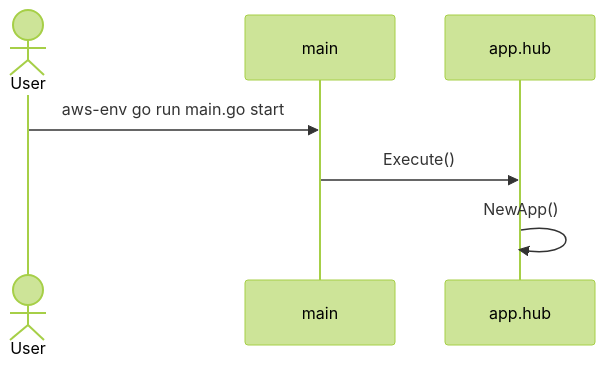
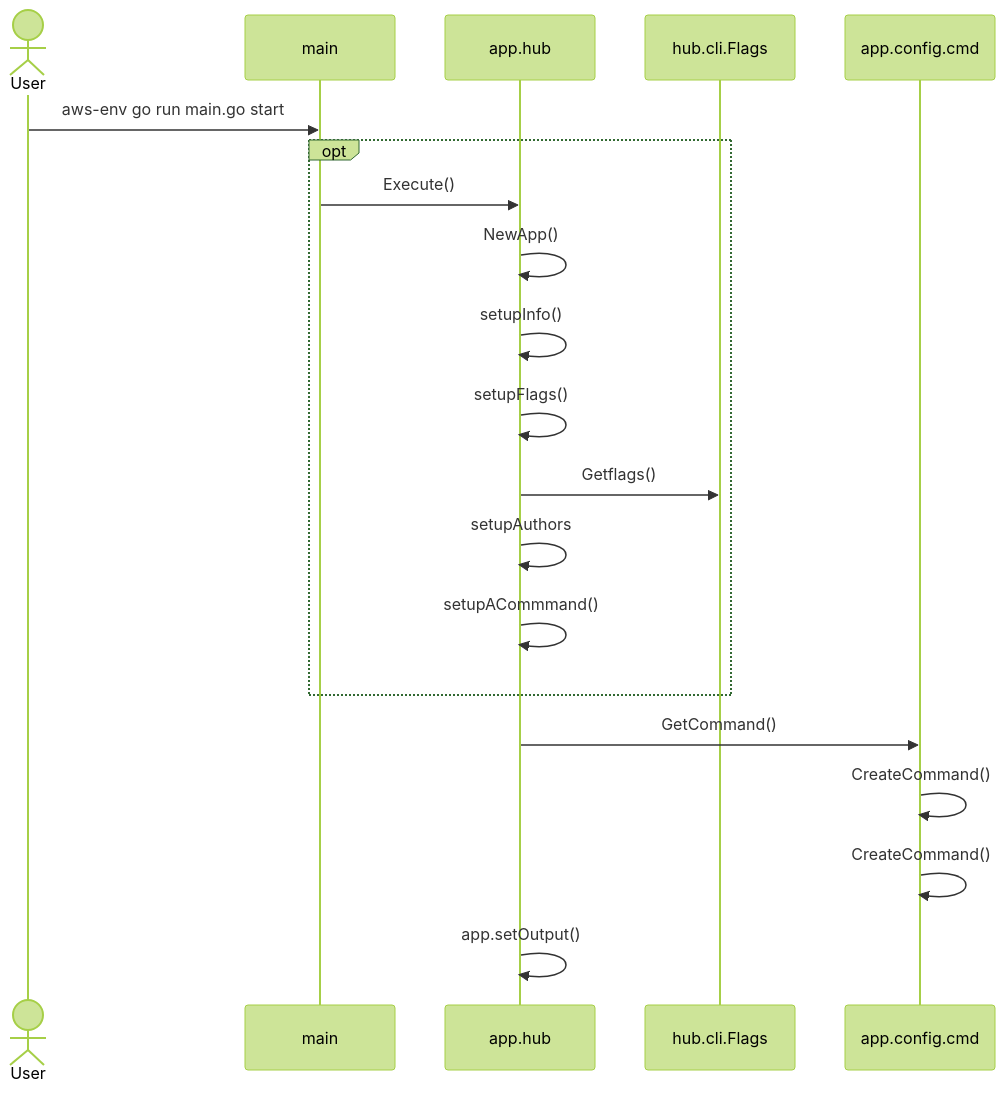
The diagram in test/e2e/ajith/e2e.md (rajasoun/aws-hub), drawn with Mermaid (forest theme) before and after one commit.

Commit message:
style(adding-func): adding func in e2e_flow ,and test format in e2e_test_flow.go

````diff
--- a/test/e2e/ajith/e2e.md
+++ b/test/e2e/ajith/e2e.md
@@ -1,9 +1,20 @@
 ```mermaid
 
 sequenceDiagram
 	actor User
 		User  ->>  main : aws-env go run main.go start
-		main  ->>  app.hub : Execute()
-		app.hub  ->>  app.hub : NewApp()
+	opt
+			main  ->>  app.hub : Execute()
+			app.hub  ->>  app.hub : NewApp()
+			app.hub  ->> app.hub : setupInfo()
+			app.hub  ->>  app.hub : setupFlags()
+			app.hub  ->>  hub.cli.Flags : Getflags()
+			app.hub  ->>  app.hub : setupAuthors
+			app.hub  ->>  app.hub : setupACommmand()
+	end
+		app.hub  ->>  app.config.cmd : GetCommand()
+		app.config.cmd  ->>  app.config.cmd : CreateCommand()
+		app.config.cmd  ->>  app.config.cmd : CreateCommand()
+		app.hub  ->>  app.hub : app.setOutput()
 
 ```
````
